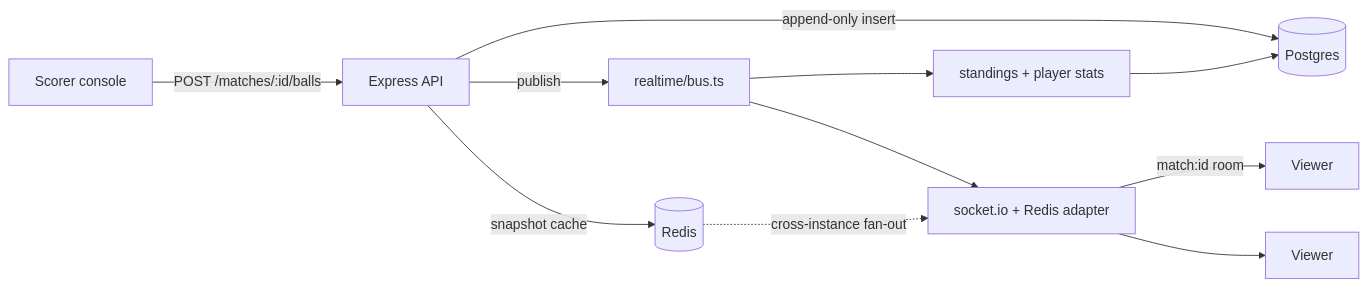
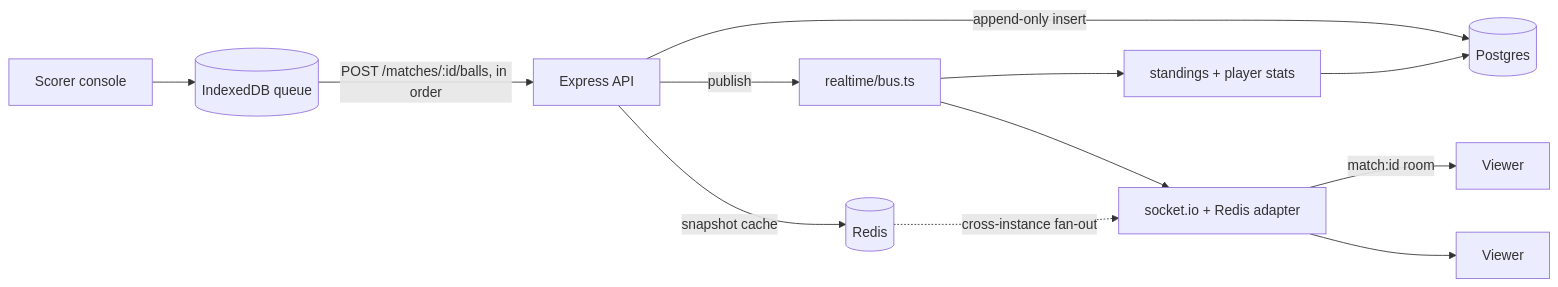
One commit to whynotramaa/howzat changed the diagram in README.md. Above: the diagram before and after it, drawn with Mermaid. The commit also changed other lines of this file, not shown here.

````diff
--- a/README.md
+++ b/README.md
@@ -73,13 +77,14 @@
 ```mermaid
 flowchart LR
-  Scorer[Scorer console] -->|POST /matches/:id/balls| API[Express API]
+  Scorer[Scorer console] --> Q[(IndexedDB queue)]
+  Q -->|POST /matches/:id/balls, in order| API[Express API]
   API -->|append-only insert| PG[(Postgres)]
   API -->|snapshot cache| R[(Redis)]
   API -->|publish| BUS[realtime/bus.ts]
   BUS --> IO[socket.io + Redis adapter]
   BUS --> STAND[standings + player stats]
   STAND --> PG
   IO -->|match:id room| V1[Viewer]
   IO --> V2[Viewer]
   R -.->|cross-instance fan-out| IO
 ```
````
